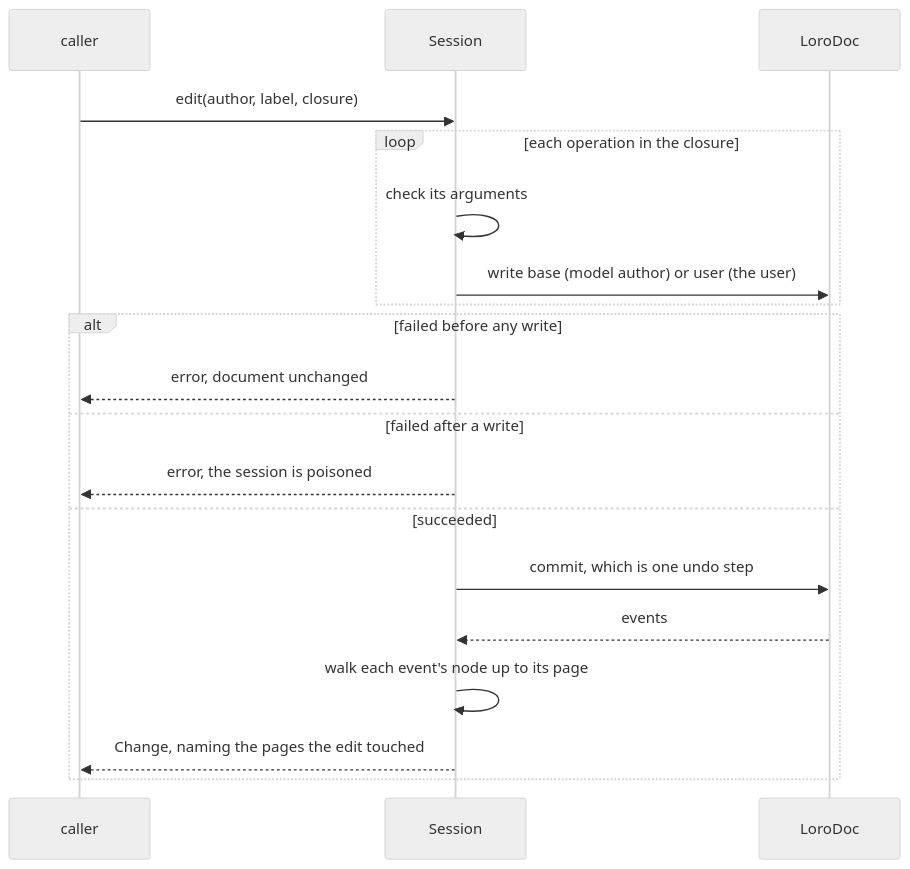
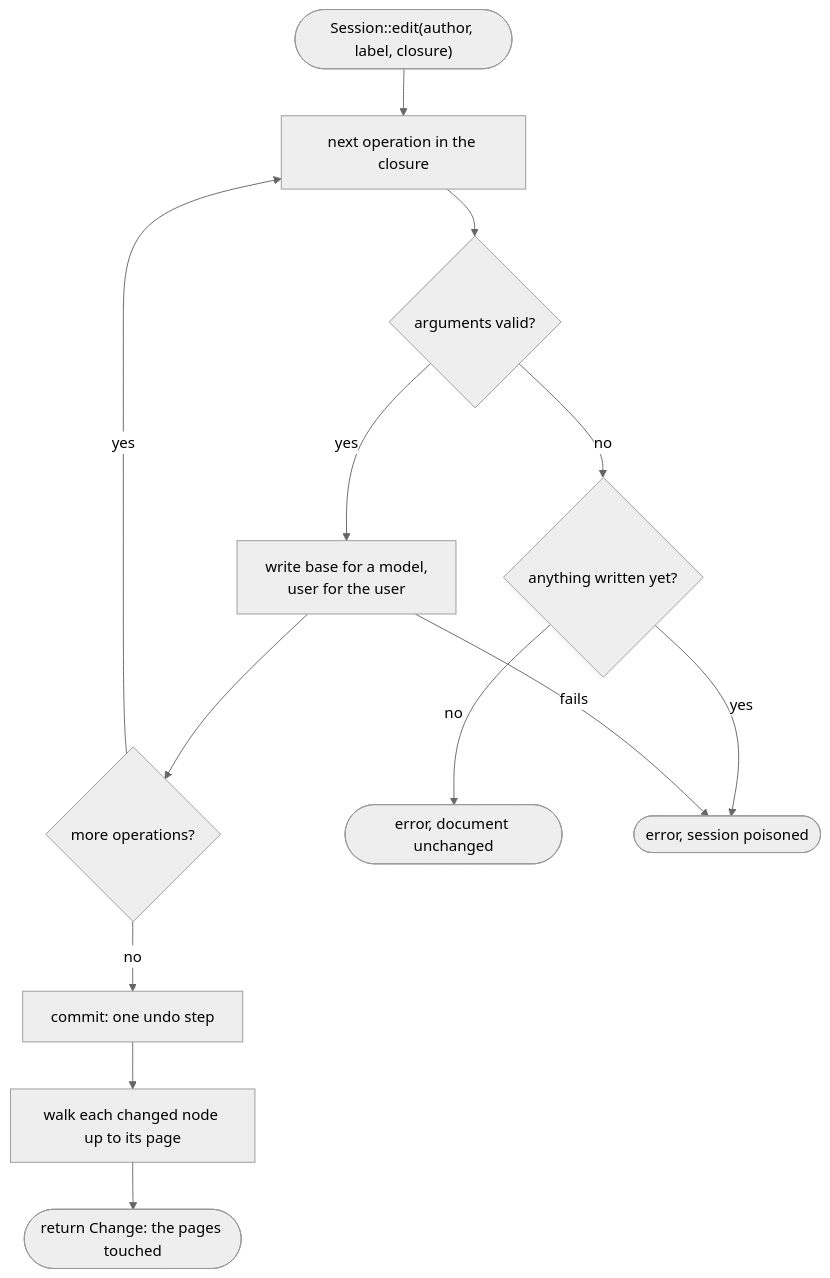
Before and after one commit to koharu-rs/koharu: the seventh of 7 diagrams in crates/koharu-scene/DESIGN.md, drawn with Mermaid (neutral theme). The commit also changed other lines of this file, not shown here.

First line of the commit message:
docs(scene): replace UML diagrams with plain flowcharts

````diff
--- a/crates/koharu-scene/DESIGN.md
+++ b/crates/koharu-scene/DESIGN.md
@@ -285,21 +242,15 @@
 ```mermaid
-sequenceDiagram
-  participant C as caller
-  participant S as Session
-  participant D as LoroDoc
-  C->>S: edit(author, label, closure)
-  loop each operation in the closure
-    S->>S: check its arguments
-    S->>D: write base (model author) or user (the user)
-  end
-  alt failed before any write
-    S-->>C: error, document unchanged
-  else failed after a write
-    S-->>C: error, the session is poisoned
-  else succeeded
-    S->>D: commit, which is one undo step
-    D-->>S: events
-    S->>S: walk each event's node up to its page
-    S-->>C: Change, naming the pages the edit touched
-  end
+flowchart TD
+  call(["Session::edit(author, label, closure)"]) --> op["next operation in the closure"]
+  op --> check{"arguments valid?"}
+  check -->|"yes"| write["write base for a model,<br/>user for the user"]
+  write --> more{"more operations?"}
+  more -->|"yes"| op
+  more -->|"no"| commit["commit: one undo step"]
+  commit --> pages["walk each changed node up to its page"]
+  pages --> done(["return Change: the pages touched"])
+  check -->|"no"| wrote{"anything written yet?"}
+  wrote -->|"no"| unchanged(["error, document unchanged"])
+  wrote -->|"yes"| poisoned(["error, session poisoned"])
+  write -->|"fails"| poisoned
 ```
````
